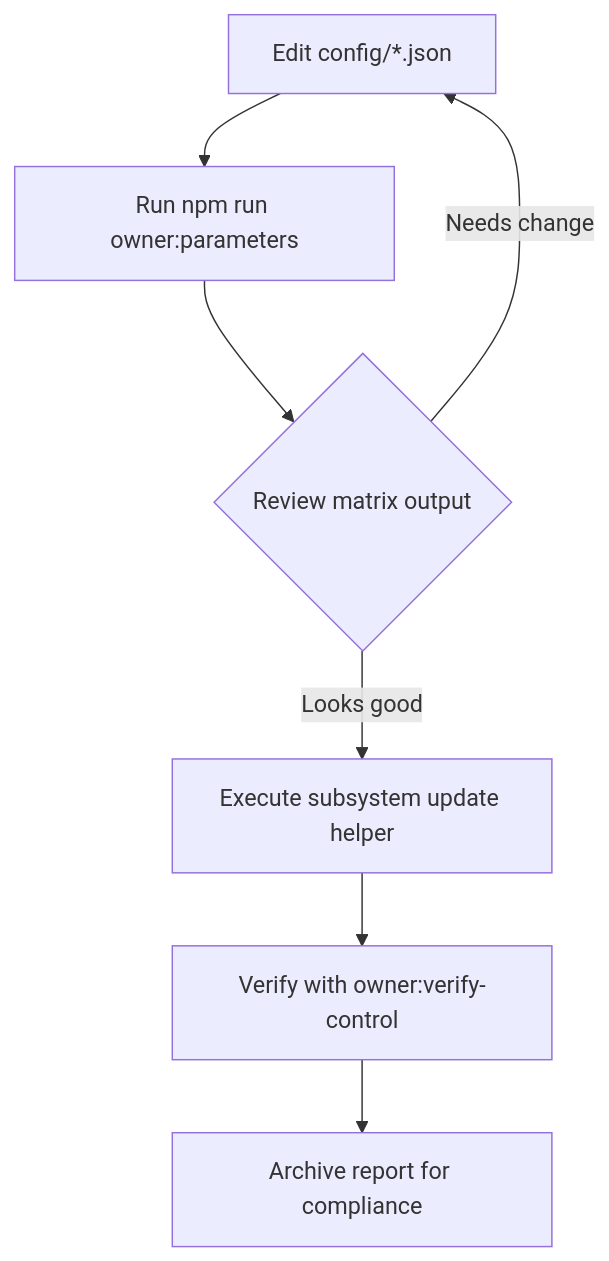
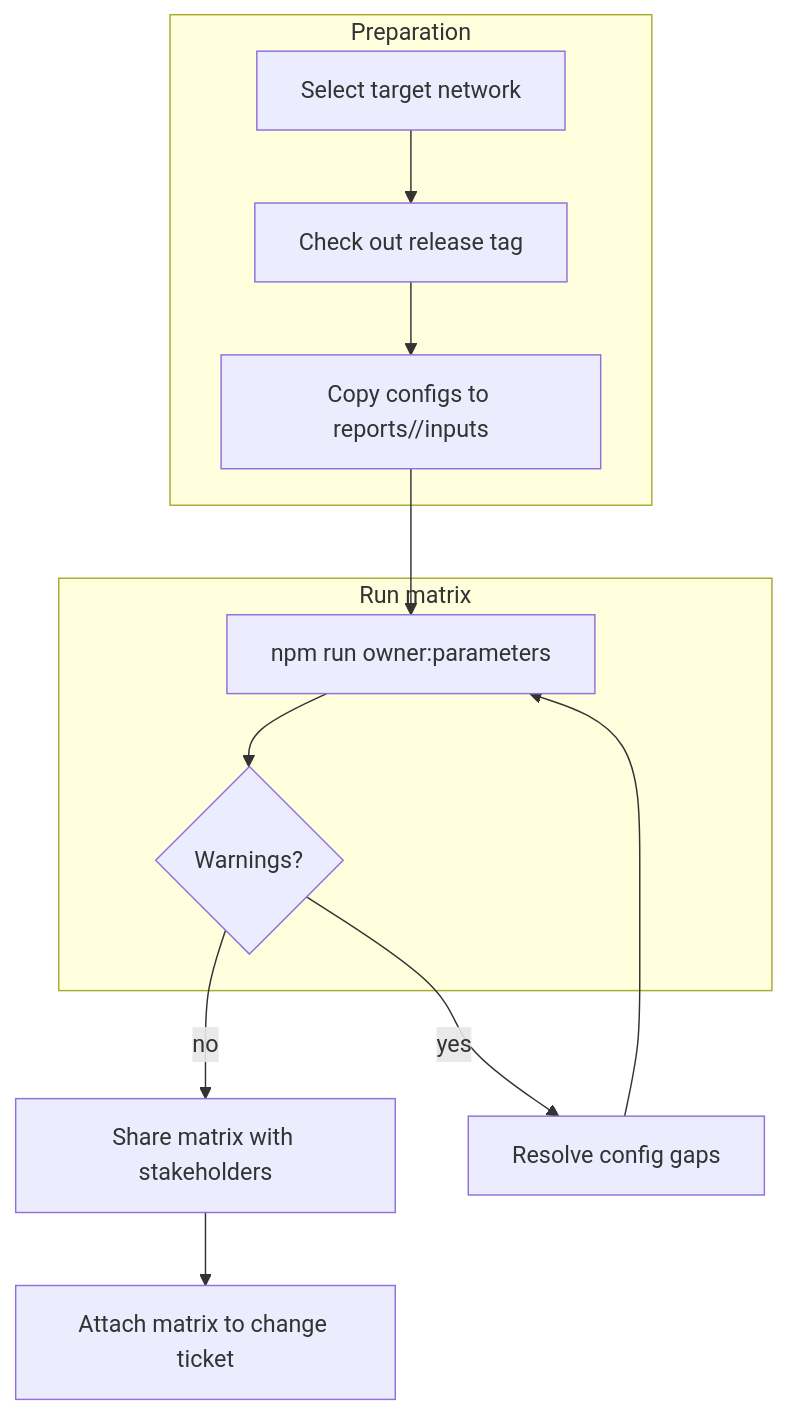
Before and after one commit to MontrealAI/AGIJobsv0: the first of 3 diagrams in docs/owner-parameter-matrix.md, drawn with Mermaid. The commit also changed other lines of this file and 2 other files, not shown here.

Commit message:
docs: expand owner parameter matrix playbook

````diff
--- a/docs/owner-parameter-matrix.md
+++ b/docs/owner-parameter-matrix.md
@@ -8,9 +25,15 @@
 ```mermaid
 flowchart TD
-    A[Edit config/*.json] --> B[Run npm run owner:parameters]
-    B --> C{Review matrix output}
-    C -->|Looks good| D[Execute subsystem update helper]
-    D --> E[Verify with owner:verify-control]
-    C -->|Needs change| A
-    E --> F[Archive report for compliance]
+    subgraph Prep[Preparation]
+        A[Select target network] --> B[Check out release tag]
+        B --> C[Copy configs to reports/<network>/inputs]
+    end
+    subgraph Run[Run matrix]
+        C --> D[npm run owner:parameters]
+        D --> E{Warnings?}
+    end
+    E -- no --> F[Share matrix with stakeholders]
+    E -- yes --> G[Resolve config gaps]
+    G --> D
+    F --> H[Attach matrix to change ticket]
 ```
````
